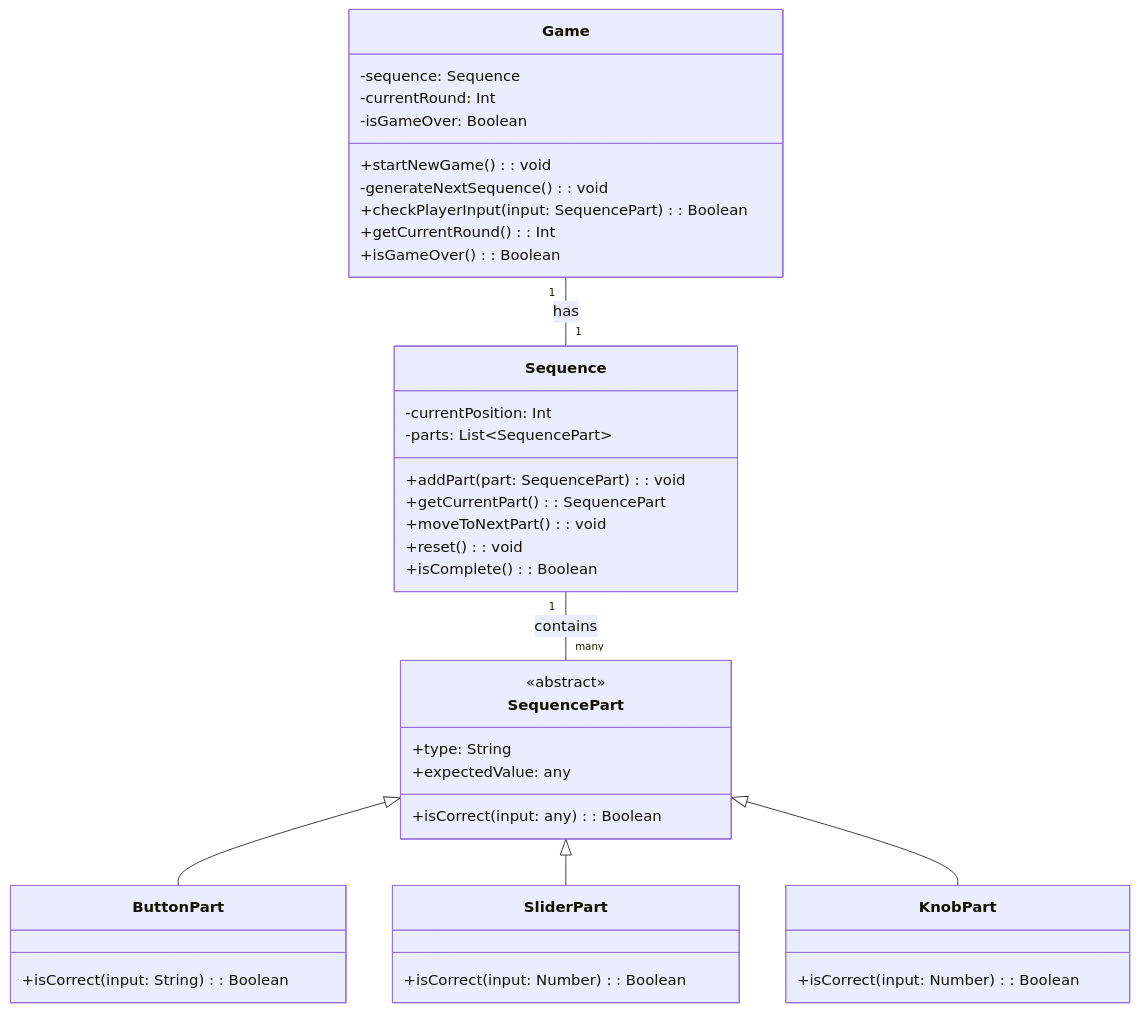
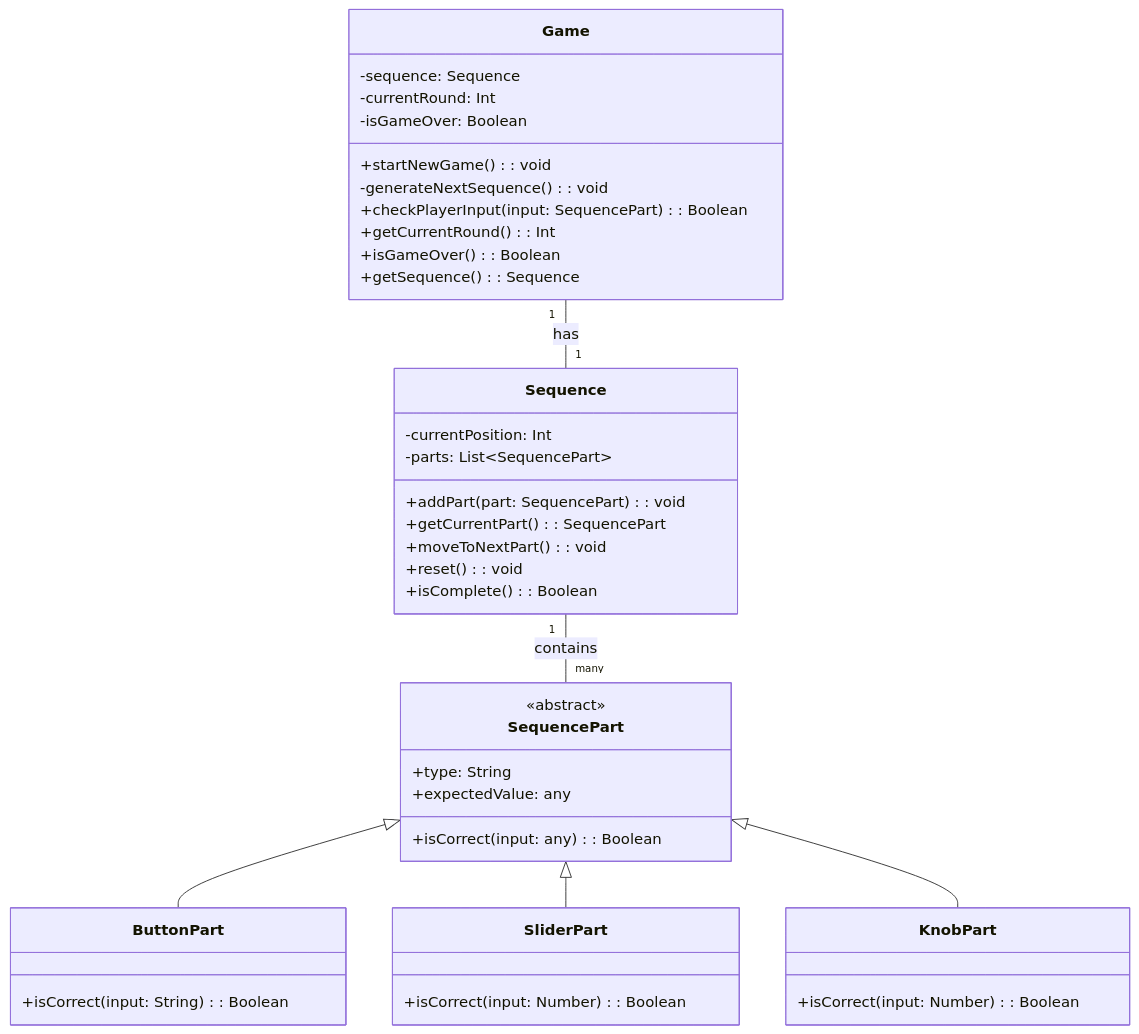
One commit to GitDevla/infinite-simon changed the fourth of 5 diagrams in docs/system-design.md. Above: the diagram before and after it, drawn with Mermaid. The commit also changed other lines of this file, not shown here.

````diff
--- a/docs/system-design.md
+++ b/docs/system-design.md
@@ -189,48 +199,49 @@
 ```mermaid
 classDiagram
     class SequencePart {
         <<abstract>>
         +type: String
         +expectedValue: any
         +isCorrect(input: any): Boolean
     }
 
     class ButtonPart {
         +isCorrect(input: String): Boolean
     }
 
     class SliderPart {
         +isCorrect(input: Number): Boolean
     }
 
     class KnobPart {
         +isCorrect(input: Number): Boolean
     }
 
     class Sequence {
         -currentPosition: Int
         -parts: List~SequencePart~
         +addPart(part: SequencePart): void
         +getCurrentPart(): SequencePart
         +moveToNextPart(): void
         +reset(): void
         +isComplete(): Boolean
     }
   
     class Game {
         -sequence: Sequence
         -currentRound: Int
         -isGameOver: Boolean
         +startNewGame(): void
         -generateNextSequence(): void
         +checkPlayerInput(input: SequencePart): Boolean
         +getCurrentRound(): Int
         +isGameOver(): Boolean
+        +getSequence(): Sequence
     }
 
     Sequence "1" -- "many" SequencePart : contains
     Game "1" -- "1" Sequence : has
     SequencePart <|-- ButtonPart
     SequencePart <|-- SliderPart
     SequencePart <|-- KnobPart
 ```
````
